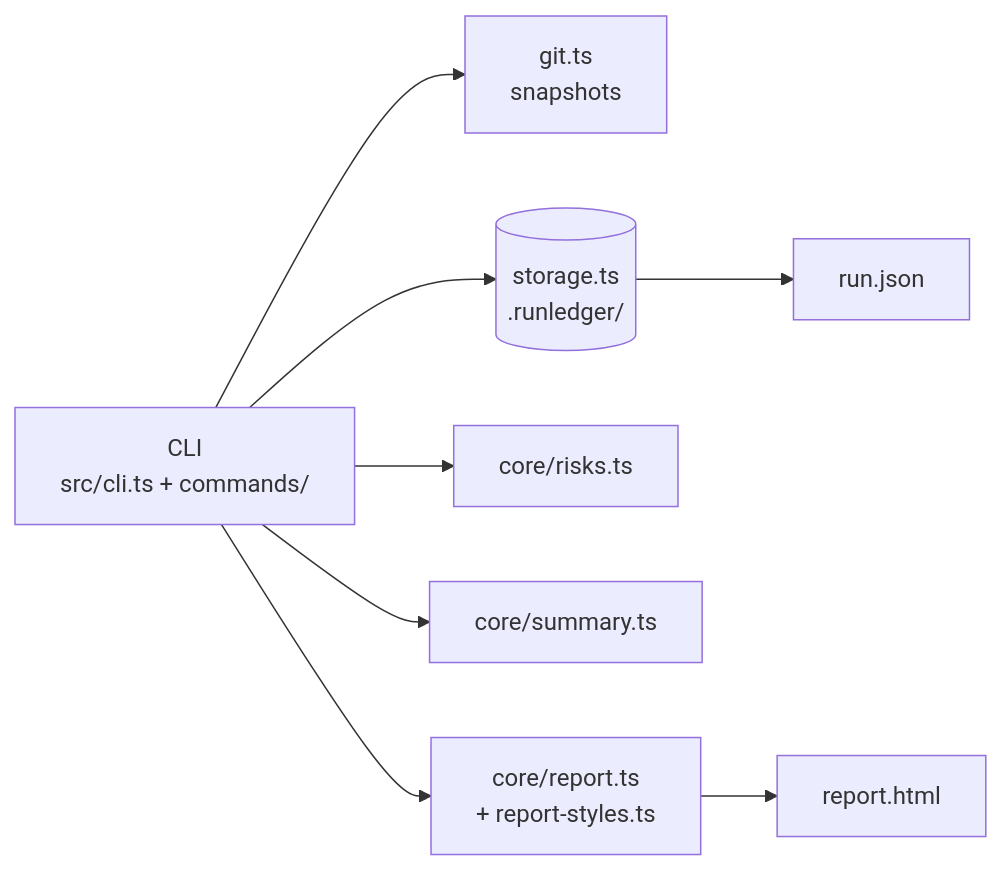
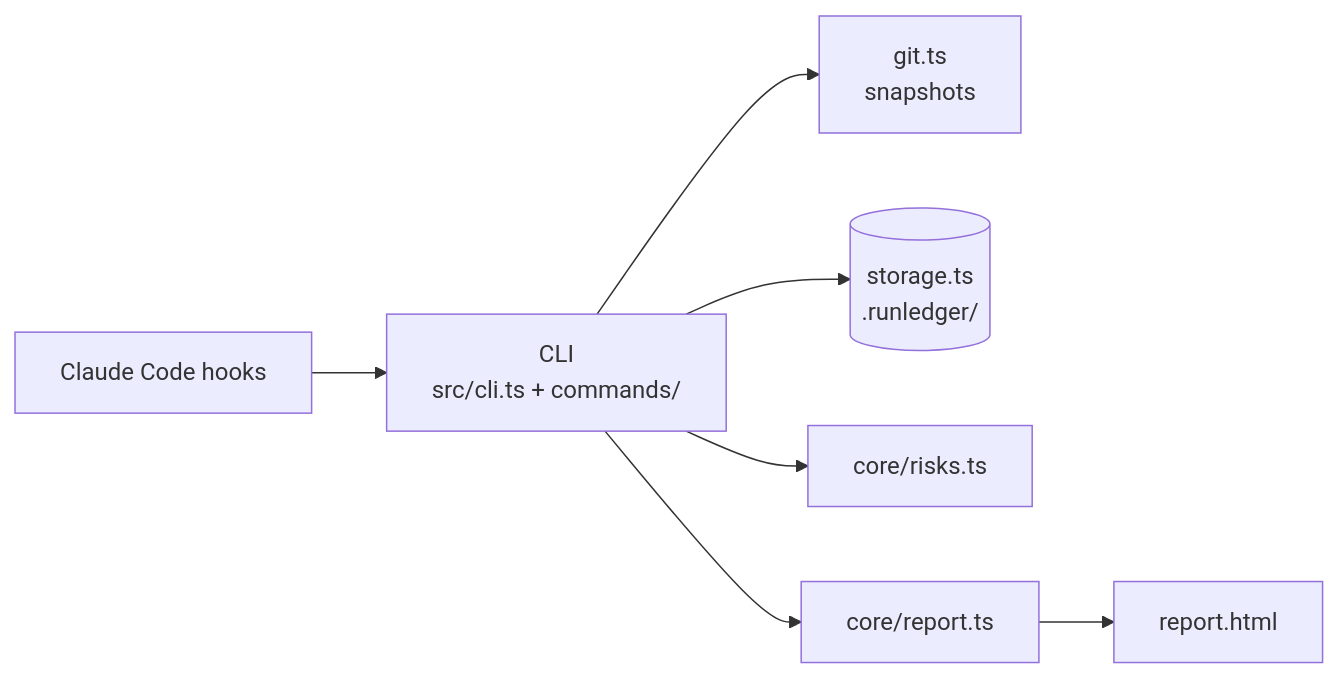
Before and after one commit to Vijaypn87/RunLedger: the diagram in README.md, drawn with Mermaid. The commit also changed other lines of this file, not shown here.

````diff
--- a/README.md
+++ b/README.md
@@ -60,10 +78,9 @@
 ```mermaid
 flowchart LR
+    CC["Claude Code hooks"] --> CLI
     CLI["CLI<br/>src/cli.ts + commands/"] --> G["git.ts<br/>snapshots"]
     CLI --> S[("storage.ts<br/>.runledger/")]
     CLI --> R["core/risks.ts"]
-    CLI --> M["core/summary.ts"]
-    CLI --> H["core/report.ts<br/>+ report-styles.ts"]
-    S --> J["run.json"]
+    CLI --> H["core/report.ts"]
     H --> P["report.html"]
 ```
````
